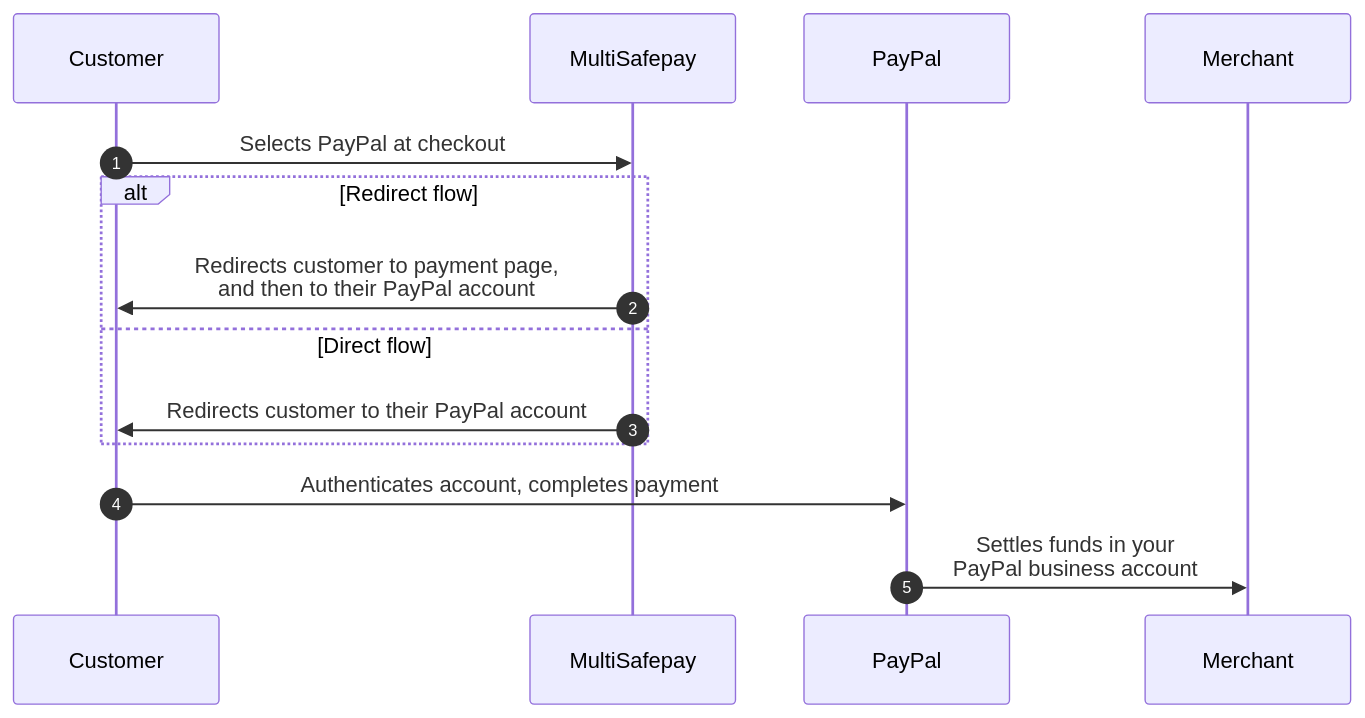
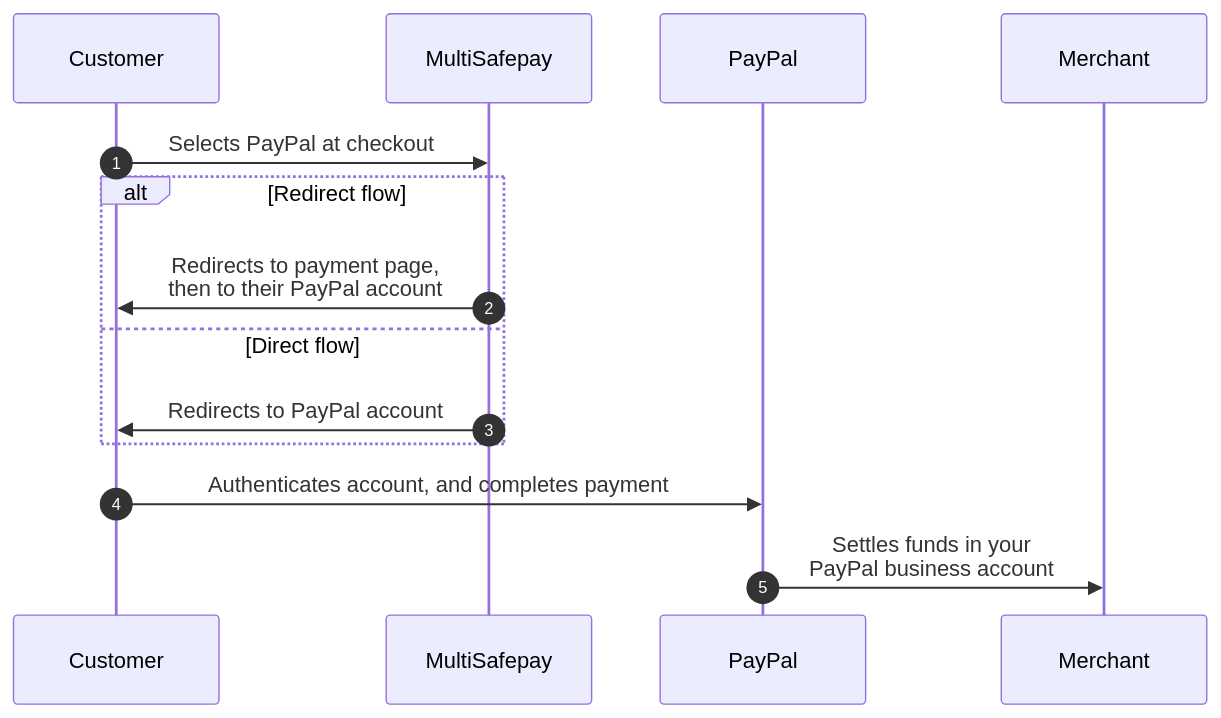
One commit to MultiSafepay/docs changed the diagram in content/payments/methods/wallet/paypal/payment-flow.md. Above: the diagram before and after it, drawn with Mermaid. The commit also changed other lines of this file and 35 other files, not shown here.

```diff
--- a/content/payments/methods/wallet/paypal/payment-flow.md
+++ b/content/payments/methods/wallet/paypal/payment-flow.md
@@ -16,19 +16,19 @@
 {{< mermaid class="text-center" >}}
 
 sequenceDiagram
     autonumber
     participant C as Customer
     participant Mu as MultiSafepay
     participant P as PayPal
     participant Me as Merchant
 
     C->>Mu: Selects PayPal at checkout
     alt Redirect flow
-    Mu->>C: Redirects customer to payment page, <br> and then to their PayPal account
+    Mu->>C: Redirects to payment page, <br> then to their PayPal account
     else Direct flow
-    Mu->>C: Redirects customer to their PayPal account
+    Mu->>C: Redirects to PayPal account
     end
-    C->>P: Authenticates account, completes payment 
+    C->>P: Authenticates account, and completes payment 
     P->>Me: Settles funds in your <br> PayPal business account
 
 {{< /mermaid >}}
```
